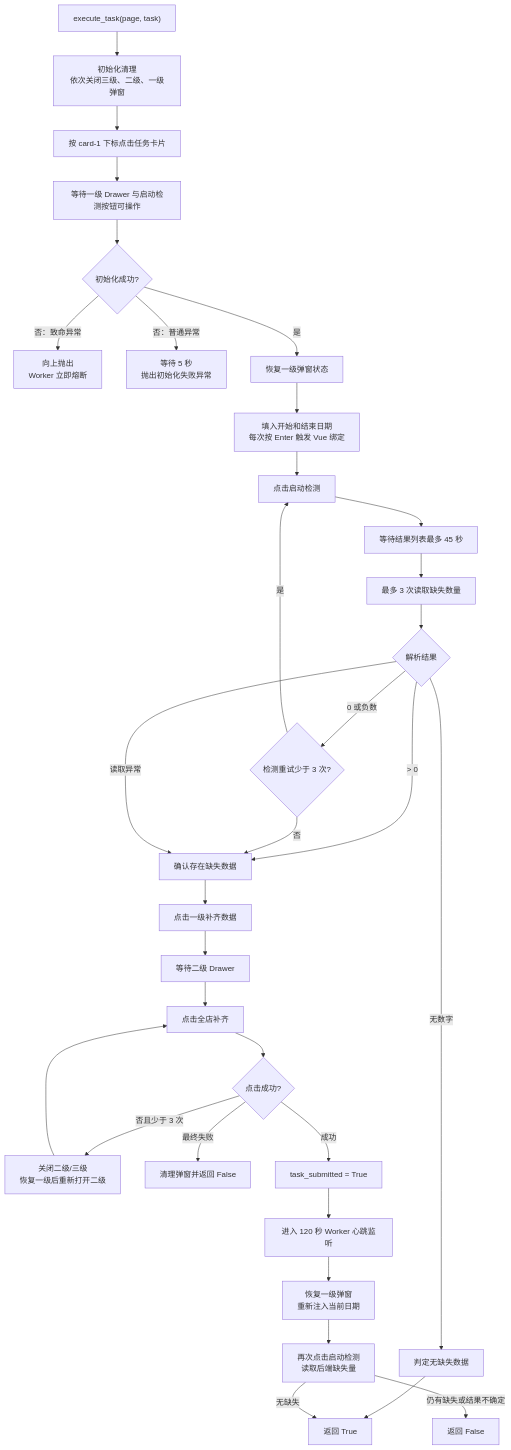
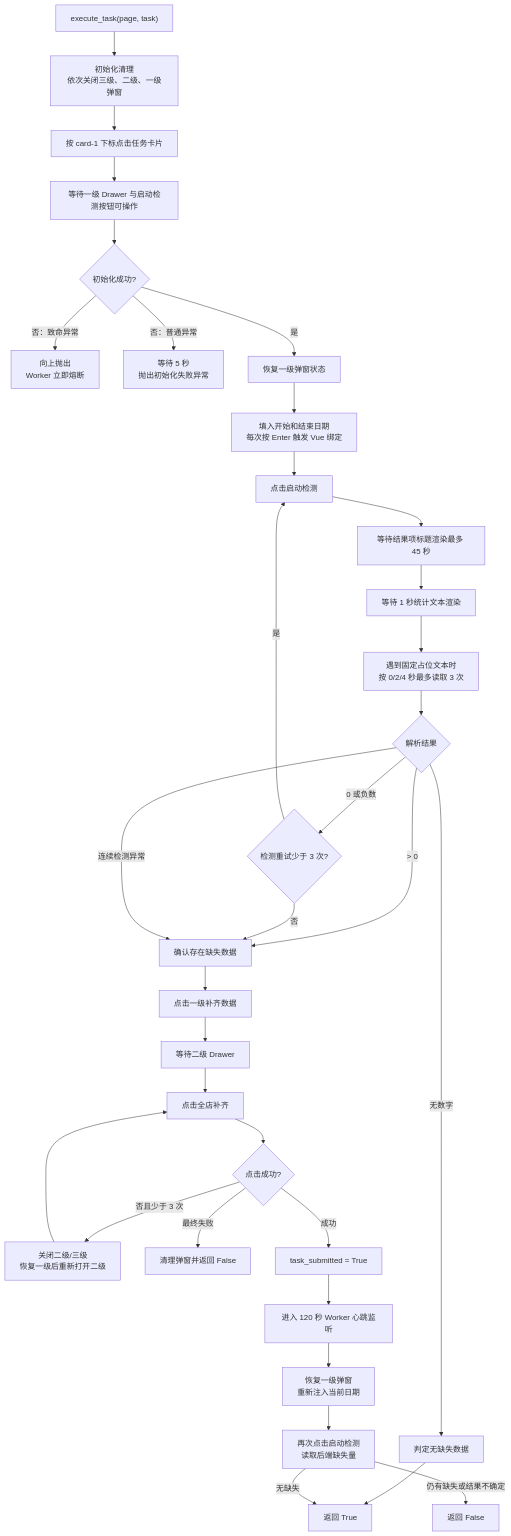
The eighth of 15 diagrams in ARCHITECTURE.md (liao084/BitBrowser-Backfill-Engine), drawn with Mermaid before and after one commit. The commit also changed other lines of this file and 4 other files, not shown here.

````diff
--- a/ARCHITECTURE.md
+++ b/ARCHITECTURE.md
@@ -277,35 +277,36 @@
 ```mermaid
 flowchart TD
     Start["execute_task(page, task)"] --> Init["初始化清理<br/>依次关闭三级、二级、一级弹窗"]
     Init --> OpenCard["按 card-1 下标点击任务卡片"]
     OpenCard --> Primary["等待一级 Drawer 与启动检测按钮可操作"]
     Primary --> InitOK{"初始化成功?"}
     InitOK -->|"否：致命异常"| Fatal["向上抛出<br/>Worker 立即熔断"]
     InitOK -->|"否：普通异常"| InitError["等待 5 秒<br/>抛出初始化失败异常"]
     InitOK -->|"是"| Restore["恢复一级弹窗状态"]
     Restore --> Dates["填入开始和结束日期<br/>每次按 Enter 触发 Vue 绑定"]
     Dates --> Detect["点击启动检测"]
-    Detect --> Result["等待结果列表最多 45 秒"]
-    Result --> Read["最多 3 次读取缺失数量"]
+    Detect --> Result["等待结果项标题渲染最多 45 秒"]
+    Result --> Buffer["等待 1 秒统计文本渲染"]
+    Buffer --> Read["遇到固定占位文本时<br/>按 0/2/4 秒最多读取 3 次"]
     Read --> Missing{"解析结果"}
     Missing -->|"无数字"| NoMissing["判定无缺失数据"]
     Missing -->|"> 0"| NeedFill["确认存在缺失数据"]
     Missing -->|"0 或负数"| RetryDetect{"检测重试少于 3 次?"}
     RetryDetect -->|"是"| Detect
     RetryDetect -->|"否"| NeedFill
-    Missing -->|"读取异常"| NeedFill
+    Missing -->|"连续检测异常"| NeedFill
     NoMissing --> Success["返回 True"]
     NeedFill --> Backfill["点击一级补齐数据"]
     Backfill --> Secondary["等待二级 Drawer"]
     Secondary --> Whole["点击全店补齐"]
     Whole --> ClickOK{"点击成功?"}
     ClickOK -->|"否且少于 3 次"| Recover["关闭二级/三级<br/>恢复一级后重新打开二级"]
     Recover --> Whole
     ClickOK -->|"最终失败"| SubmitFail["清理弹窗并返回 False"]
     ClickOK -->|"成功"| Submitted["task_submitted = True"]
     Submitted --> Heartbeat["进入 120 秒 Worker 心跳监听"]
     Heartbeat --> FinalRestore["恢复一级弹窗<br/>重新注入当前日期"]
     FinalRestore --> FinalDetect["再次点击启动检测<br/>读取后端缺失量"]
     FinalDetect -->|"无缺失"| Success
     FinalDetect -->|"仍有缺失或结果不确定"| Failed["返回 False"]
 ```
````
